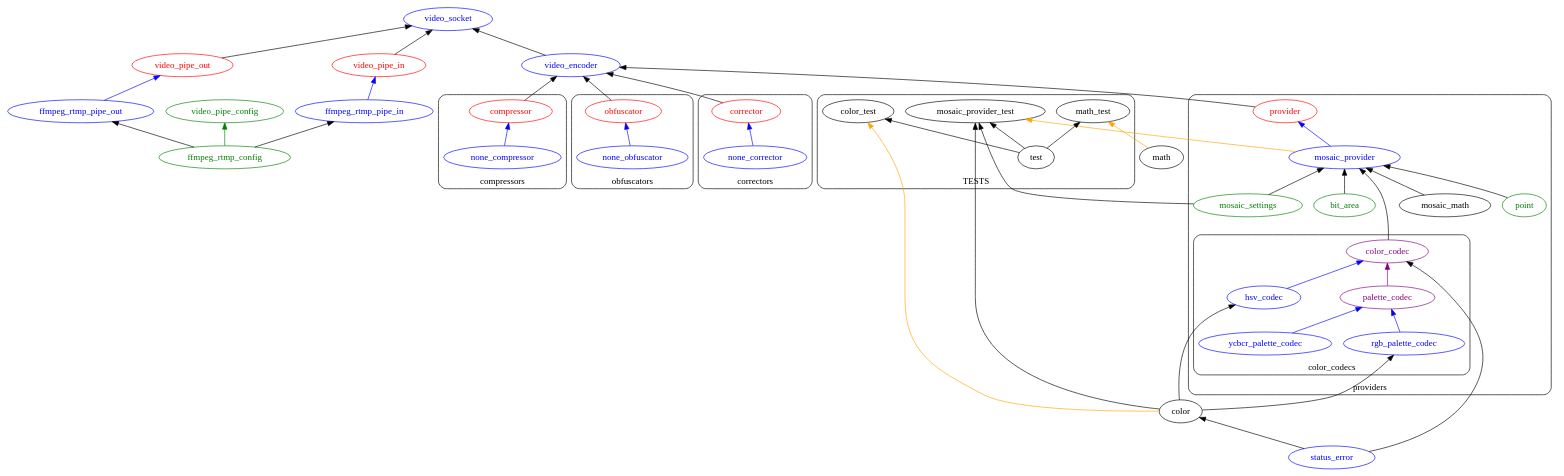
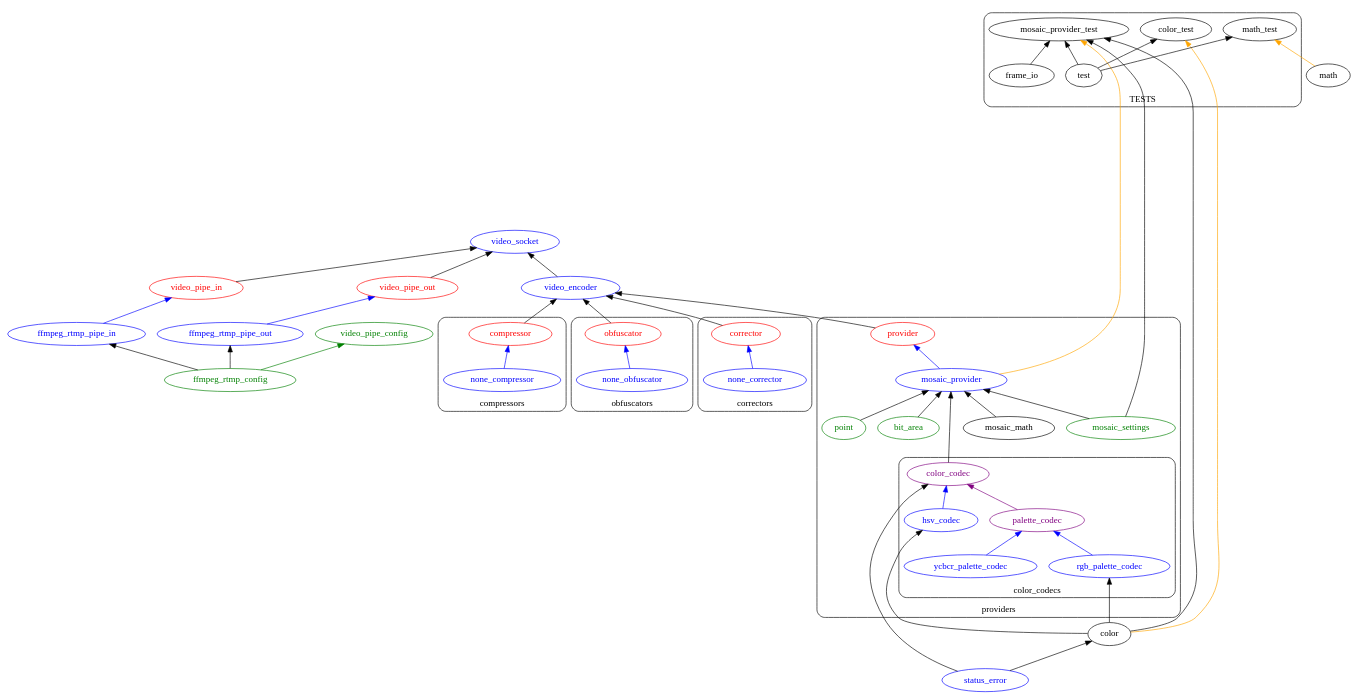
The diagram in docs/architecture.dot (libera-cifero/Korra), drawn with Graphviz before and after one commit. The commit also changed 19 other files, not shown here.

```diff
--- a/docs/architecture.dot
+++ b/docs/architecture.dot
@@ -1,186 +1,188 @@
 digraph {
     rankdir=BT;
 
     subgraph src{
         subgraph encoder{
             subgraph cluster_providers {
                 label="providers";
                 style=rounded;
                 color=black;
 
                 provider[
                     color=red;
                     fontcolor=red;
                 ];
                 mosaic_provider[
                     color=blue;
                     fontcolor=blue;
                 ];
 
                 subgraph mosaic {
                     bit_area [fontcolor=green; color = green;];
                     point [fontcolor=green; color = green;];
                     mosaic_math;
                     mosaic_settings [fontcolor=green; color = green;];
                     
                     mosaic_settings->mosaic_provider;
                     
                     point->mosaic_provider;
 
                     bit_area->mosaic_provider;
 
                     mosaic_math->mosaic_provider;
                     
 
                     
                     subgraph cluster_color_codecs{
                         label="color_codecs";
                         color_codec [
                             color=purple;
                             fontcolor=purple;
                         ];
                         hsv_codec [
                             color=blue;
                             fontcolor=blue;
                         ];
                         palette_codec[
                             color=purple;
                             fontcolor=purple;
                         ];
                         rgb_palette_codec[
                             color=blue;
                             fontcolor=blue;
                         ];
                         ycbcr_palette_codec[
                             color=blue;
                             fontcolor=blue;
                         ];
                         hsv_codec->color_codec [color=blue; ];
                         palette_codec->color_codec[color=purple;];   
                         rgb_palette_codec->palette_codec [color=blue;];
                         ycbcr_palette_codec->palette_codec [color=blue];
                     }
                     color_codec->mosaic_provider [minlen=2;];
                 }
 
                 mosaic_provider->provider[color = blue;];
             }
             subgraph cluster_compressors {
                 label="compressors";
                 style=rounded;
                 color=black;
                 compressor [
                     color=red;
                     fontcolor=red;
                 ];
                 none_compressor [
                     color=blue;
                     fontcolor=blue;
                 ];
                 none_compressor->compressor [color=blue];
             }
 
             subgraph cluster_obfuscators 
             {
                 label="obfuscators";
                 style=rounded;
                 color=black;
 
                 obfuscator[
                     color = red;
                     fontcolor=red;
                 ];
                 none_obfuscator [
                     color=blue;
                     fontcolor=blue;
                 ];
 
                 none_obfuscator->obfuscator [color=blue];
             }
 
             subgraph cluster_correctors{
                 label="correctors";
                 style=rounded;
                 color=black;
 
                 corrector[
                     color = red;
                     fontcolor=red;
                 ];
                 none_corrector [
                     color=blue;
                     fontcolor=blue;
                 ];
 
                 none_corrector->corrector [color=blue];
             }
 
             video_encoder [color=blue;fontcolor=blue;];
             color;
             status_error[color=blue; fontcolor=blue;];
             math;
             
             
             provider->video_encoder; 
             compressor->video_encoder;
             obfuscator->video_encoder;
             corrector->video_encoder;
 
             color->rgb_palette_codec;
             color->hsv_codec;
             
             status_error->color;
             status_error->color_codec;
 
         }
         subgraph video_pipes {
             label="video_pipes";
             video_pipe_in [color=red; fontcolor=red;];
             video_pipe_out [color = red; fontcolor=red;];
             ffmpeg_rtmp_pipe_in [color=blue;fontcolor=blue;];
             ffmpeg_rtmp_pipe_out [color=blue;fontcolor=blue;];
 
             video_pipe_config [color=green; fontcolor=green;];
             ffmpeg_rtmp_config [color=green;fontcolor=green;];
 
             ffmpeg_rtmp_config->video_pipe_config [color=green;];
 
             ffmpeg_rtmp_pipe_in->video_pipe_in [color=blue;];
             ffmpeg_rtmp_pipe_out->video_pipe_out [color=blue;];
             
             ffmpeg_rtmp_config->ffmpeg_rtmp_pipe_in;
             ffmpeg_rtmp_config->ffmpeg_rtmp_pipe_out;
         }
 
         video_socket [color=blue; fontcolor=blue;];
         
         video_encoder->video_socket [weight=2;];
         video_pipe_in->video_socket;
         video_pipe_out->video_socket;
     }
 
     subgraph cluster_test{
         style=rounded;
         label="TESTS";
         subgraph lib{
             test;
         }
 
         color_test;
         mosaic_provider_test;
         math_test;
         
         test->color_test;
         test->mosaic_provider_test;
         test->math_test;
+
+        frame_io->mosaic_provider_test;
     }
 
     color->mosaic_provider_test;
     mosaic_settings->mosaic_provider_test;
-    mosaic_provider->mosaic_provider_test [color=orange;];
+    mosaic_provider->mosaic_provider_test [color=orange; minlen=10;];
 
     color->color_test [color=orange;];
 
     math->math_test [color=orange;];
 
 }
```
